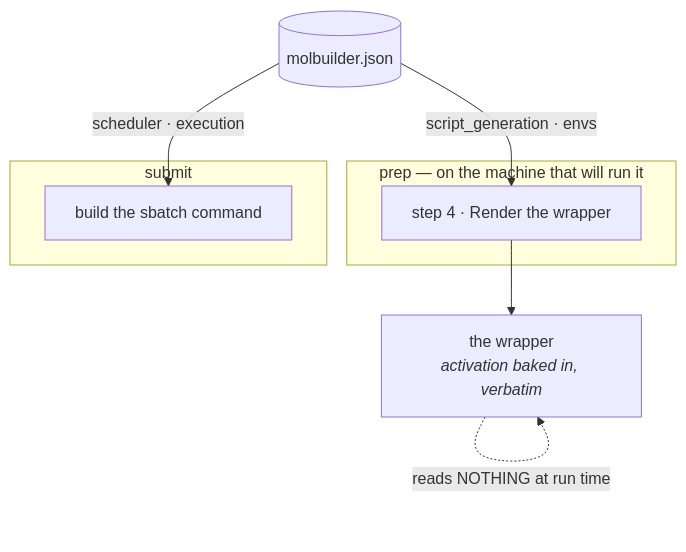
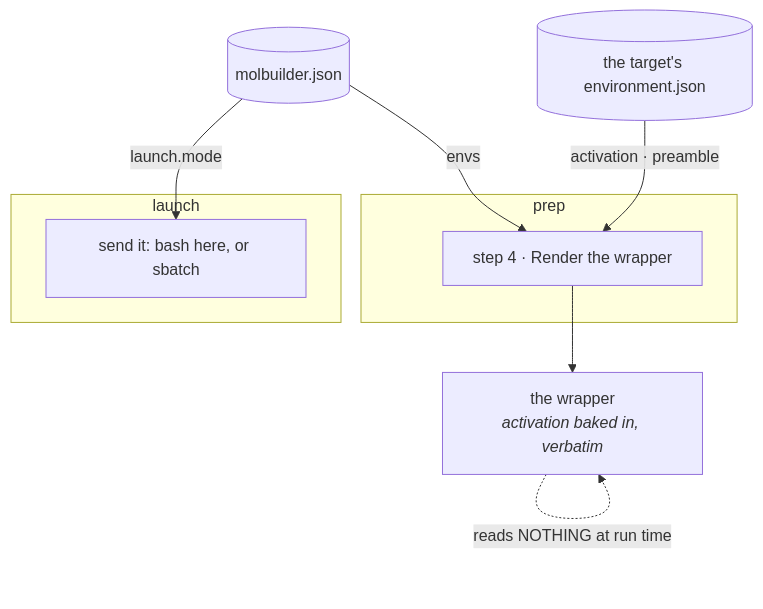
The ninth of 11 diagrams in docs/execution/architecture.md (Qing-LAB/molbuilder), drawn with Mermaid before and after one commit. The commit also changed other lines of this file and 118 other files, not shown here.

````diff
--- a/docs/execution/architecture.md
+++ b/docs/execution/architecture.md
@@ -1046,14 +1052,16 @@
 ```mermaid
 flowchart TB
     C[("molbuilder.json")]
-    subgraph PREP["prep — on the machine that will run it"]
+    E[("the target's environment.json")]
+    subgraph PREP["prep"]
       S4["step 4 · Render the wrapper"]
     end
-    subgraph SUB["submit"]
-      H["build the sbatch command"]
+    subgraph SUB["launch"]
+      H["send it: bash here, or sbatch"]
     end
     W["the wrapper<br/><i>activation baked in, verbatim</i>"]
-    C -->|"script_generation · envs"| S4 --> W
-    C -->|"scheduler · execution"| H
+    C -->|"envs"| S4
+    E -->|"activation · preamble"| S4 --> W
+    C -->|"launch.mode"| H
     W -.->|"reads NOTHING at run time"| W
 ```
````
